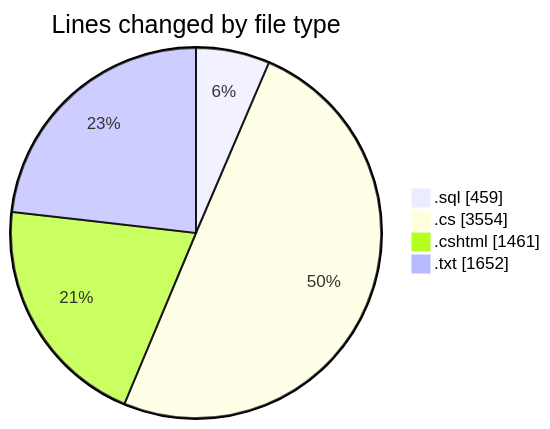
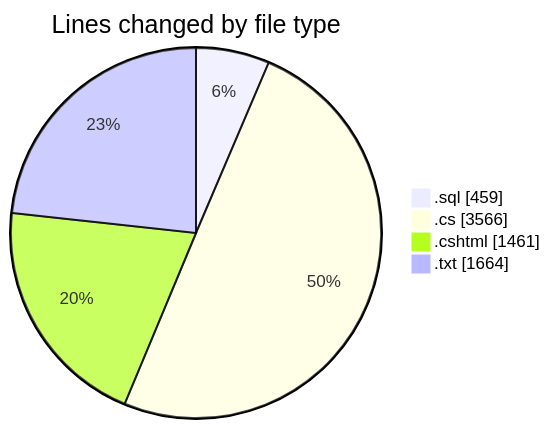
One commit to lephambinh05/code-tracking changed the first of 2 diagrams in 2025-07-23/quanlyrapchieuphim/README.md. Above: the diagram before and after it, drawn with Mermaid. The commit also changed other lines of this file and 1 other file, not shown here.

````diff
--- a/2025-07-23/quanlyrapchieuphim/README.md
+++ b/2025-07-23/quanlyrapchieuphim/README.md
@@ -33,8 +33,8 @@
 ```mermaid
 pie showData
 title Lines changed by file type
 ".sql" : 459
-".cs" : 3554
+".cs" : 3566
 ".cshtml" : 1461
-".txt" : 1652
+".txt" : 1664
 ```
````
